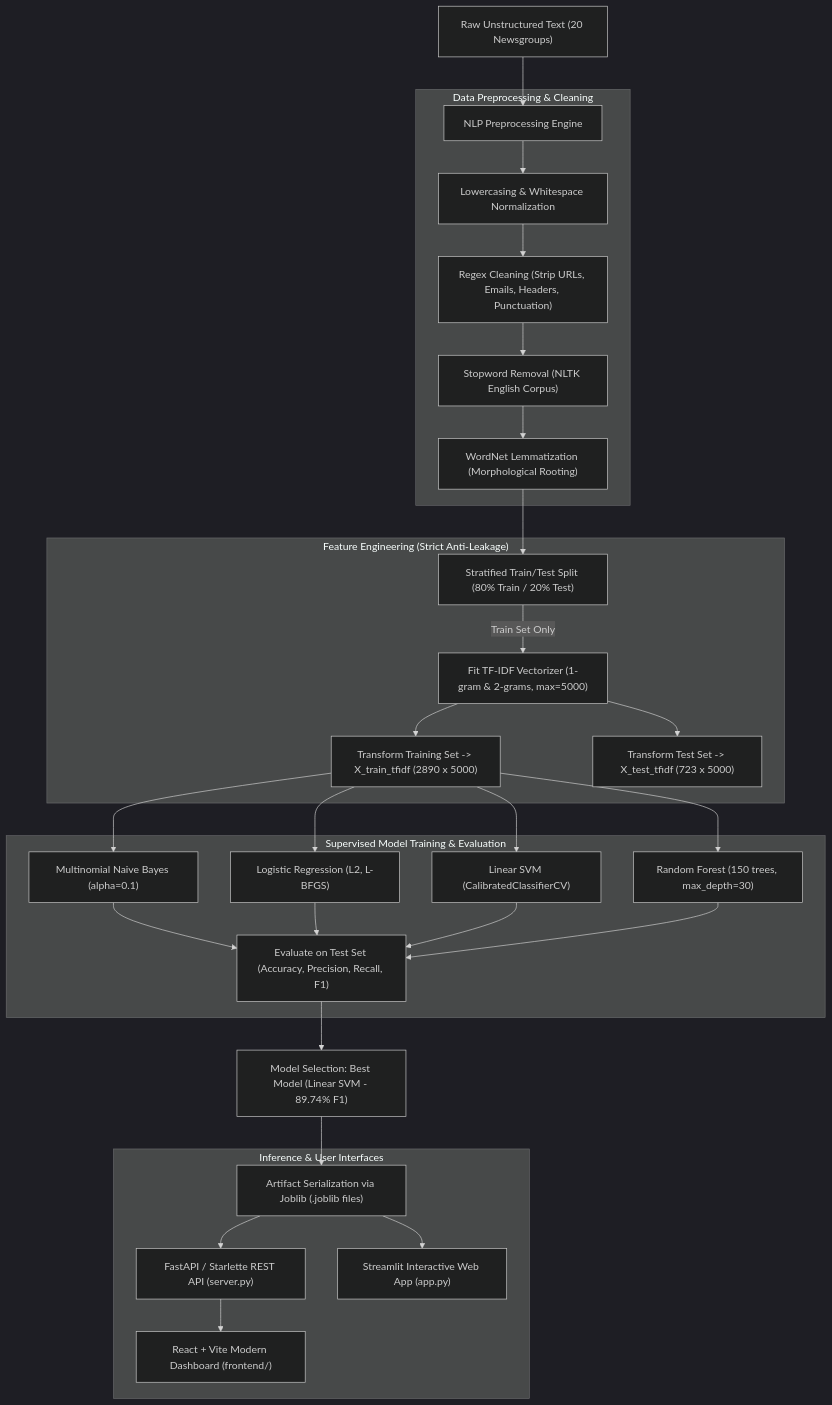
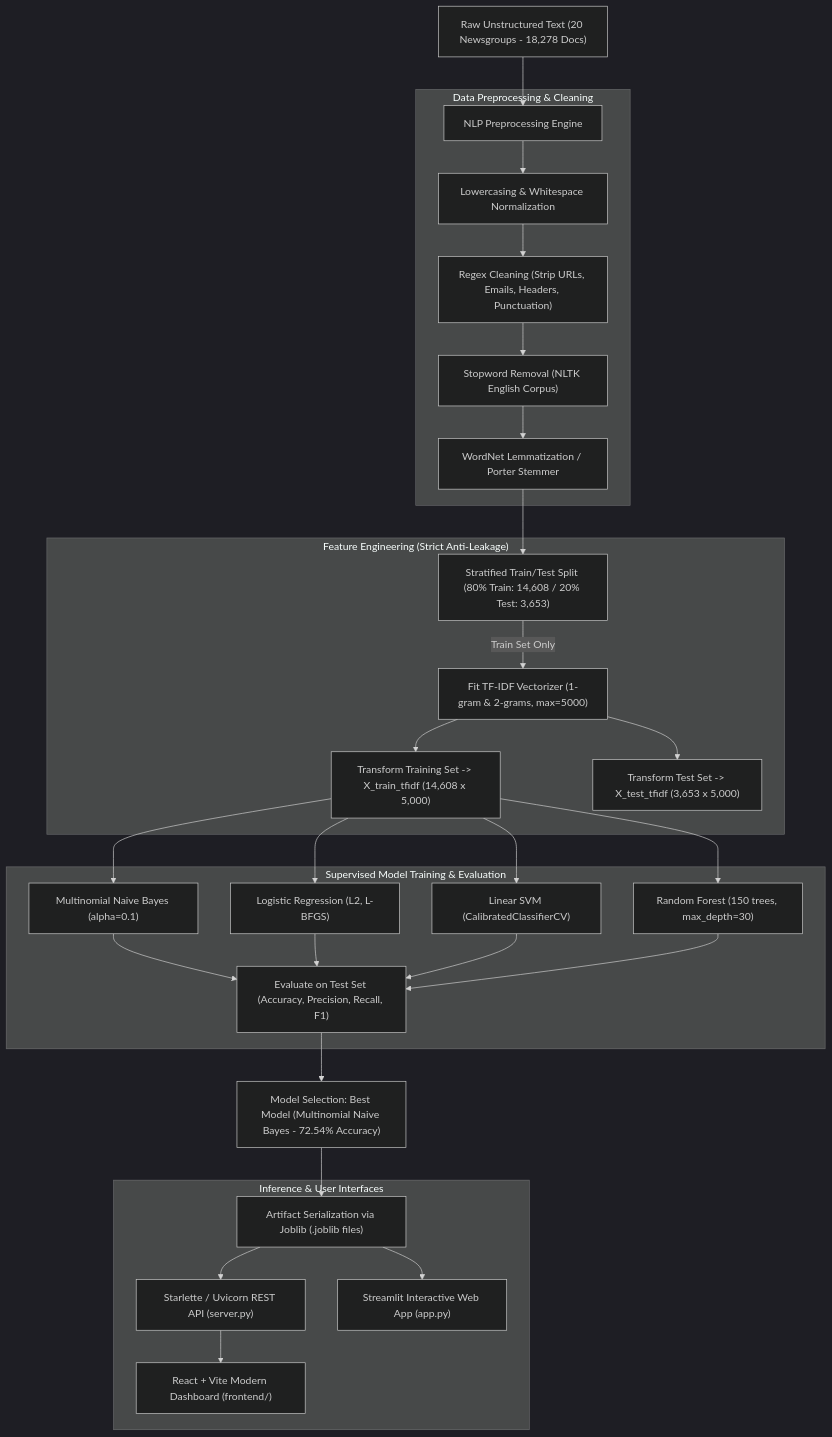
One commit to Abhishek-Sparke/TextClassifyAI changed the diagram in EXPLANATION.md. Above: the diagram before and after it, drawn with Mermaid (dark theme). The commit also changed other lines of this file and 17 other files, not shown here.

````diff
--- a/EXPLANATION.md
+++ b/EXPLANATION.md
@@ -32,37 +32,37 @@
 ```mermaid
 flowchart TD
-    A["Raw Unstructured Text (20 Newsgroups)"] --> B["NLP Preprocessing Engine"]
+    A["Raw Unstructured Text (20 Newsgroups - 18,278 Docs)"] --> B["NLP Preprocessing Engine"]
     
     subgraph Preprocessing ["Data Preprocessing & Cleaning"]
         B --> B1["Lowercasing & Whitespace Normalization"]
         B1 --> B2["Regex Cleaning (Strip URLs, Emails, Headers, Punctuation)"]
         B2 --> B3["Stopword Removal (NLTK English Corpus)"]
-        B3 --> B4["WordNet Lemmatization (Morphological Rooting)"]
+        B3 --> B4["WordNet Lemmatization / Porter Stemmer"]
     end
 
-    B4 --> C["Stratified Train/Test Split (80% Train / 20% Test)"]
+    B4 --> C["Stratified Train/Test Split (80% Train: 14,608 / 20% Test: 3,653)"]
     
     subgraph Feature_Engineering ["Feature Engineering (Strict Anti-Leakage)"]
         C -->|Train Set Only| D["Fit TF-IDF Vectorizer (1-gram & 2-grams, max=5000)"]
-        D --> E["Transform Training Set -> X_train_tfidf (2890 x 5000)"]
-        D --> F["Transform Test Set -> X_test_tfidf (723 x 5000)"]
+        D --> E["Transform Training Set -> X_train_tfidf (14,608 x 5,000)"]
+        D --> F["Transform Test Set -> X_test_tfidf (3,653 x 5,000)"]
     end
 
     subgraph Model_Benchmarking ["Supervised Model Training & Evaluation"]
         E --> M1["Multinomial Naive Bayes (alpha=0.1)"]
         E --> M2["Logistic Regression (L2, L-BFGS)"]
         E --> M3["Linear SVM (CalibratedClassifierCV)"]
         E --> M4["Random Forest (150 trees, max_depth=30)"]
         
         M1 & M2 & M3 & M4 --> G["Evaluate on Test Set (Accuracy, Precision, Recall, F1)"]
     end
 
-    G --> H["Model Selection: Best Model (Linear SVM - 89.74% F1)"]
+    G --> H["Model Selection: Best Model (Multinomial Naive Bayes - 72.54% Accuracy)"]
     H --> I["Artifact Serialization via Joblib (.joblib files)"]
 
     subgraph Deployment ["Inference & User Interfaces"]
-        I --> J1["FastAPI / Starlette REST API (server.py)"]
+        I --> J1["Starlette / Uvicorn REST API (server.py)"]
         I --> J2["Streamlit Interactive Web App (app.py)"]
         J1 --> J3["React + Vite Modern Dashboard (frontend/)"]
     end
 ```
````
